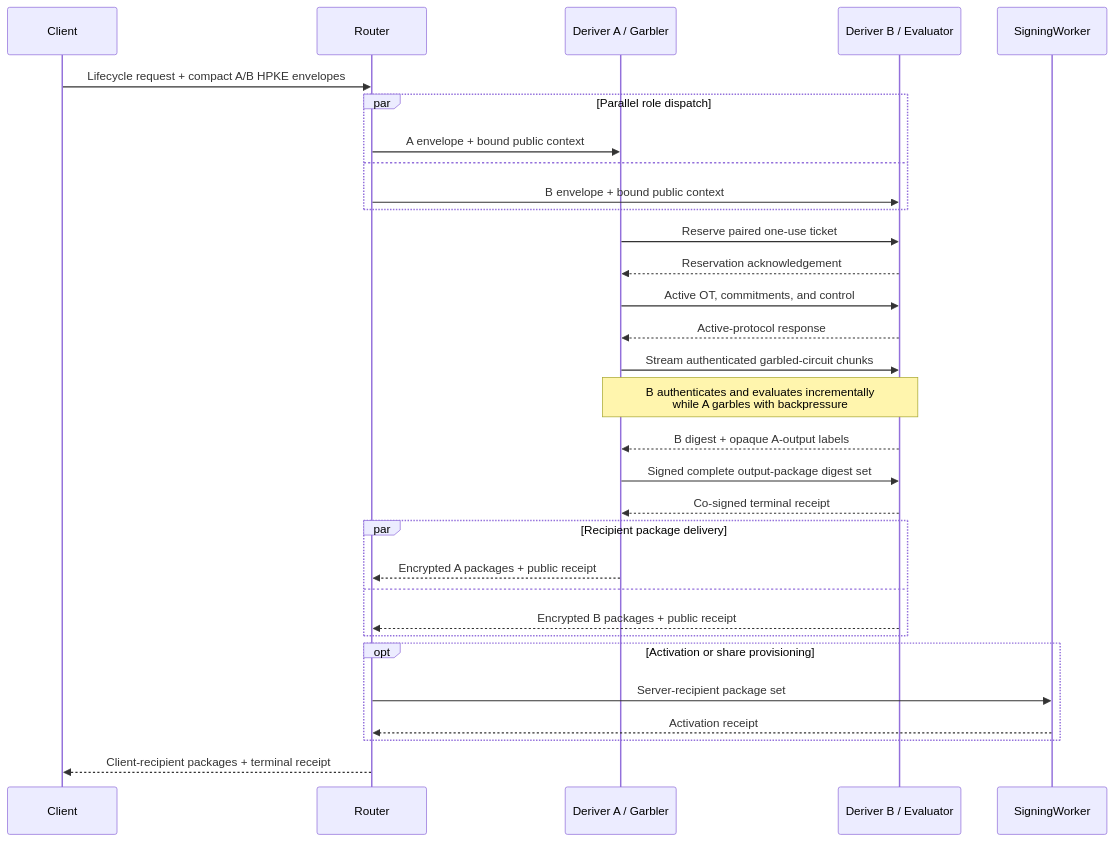
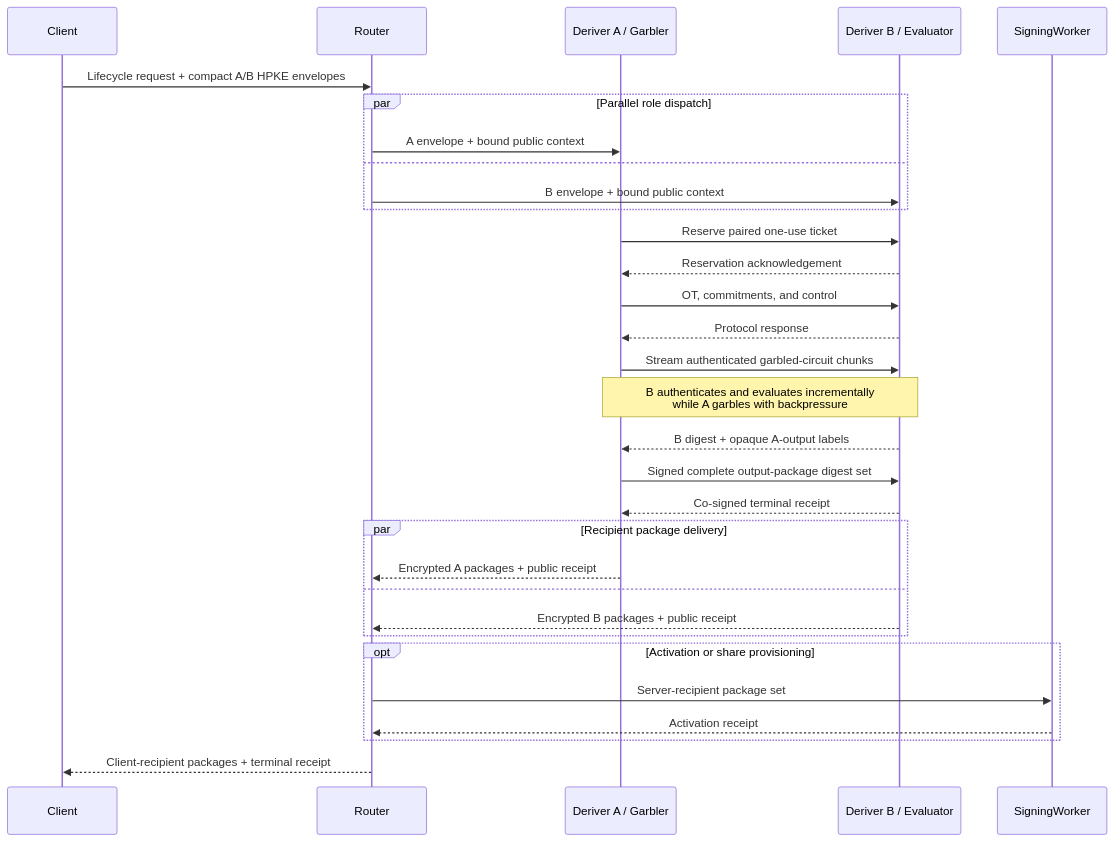
Before and after one commit to seams-tech/seams-wallet: the second of 3 diagrams in apps/docs/src/concepts/threshold-signing/streaming-yao-ab.md, drawn with Mermaid. The commit also changed other lines of this file and 44 other files, not shown here.

````diff
--- a/apps/docs/src/concepts/threshold-signing/streaming-yao-ab.md
+++ b/apps/docs/src/concepts/threshold-signing/streaming-yao-ab.md
@@ -72,34 +76,34 @@
 ```mermaid
 sequenceDiagram
   participant C as Client
   participant R as Router
   participant A as Deriver A / Garbler
   participant B as Deriver B / Evaluator
   participant SW as SigningWorker
 
   C->>R: Lifecycle request + compact A/B HPKE envelopes
   par Parallel role dispatch
     R->>A: A envelope + bound public context
   and
     R->>B: B envelope + bound public context
   end
   A->>B: Reserve paired one-use ticket
   B-->>A: Reservation acknowledgement
-  A->>B: Active OT, commitments, and control
-  B-->>A: Active-protocol response
+  A->>B: OT, commitments, and control
+  B-->>A: Protocol response
   A->>B: Stream authenticated garbled-circuit chunks
   Note over A,B: B authenticates and evaluates incrementally<br/>while A garbles with backpressure
   B-->>A: B digest + opaque A-output labels
   A->>B: Signed complete output-package digest set
   B-->>A: Co-signed terminal receipt
   par Recipient package delivery
     A-->>R: Encrypted A packages + public receipt
   and
     B-->>R: Encrypted B packages + public receipt
   end
   opt Activation or share provisioning
     R->>SW: Server-recipient package set
     SW-->>R: Activation receipt
   end
   R-->>C: Client-recipient packages + terminal receipt
 ```
````
